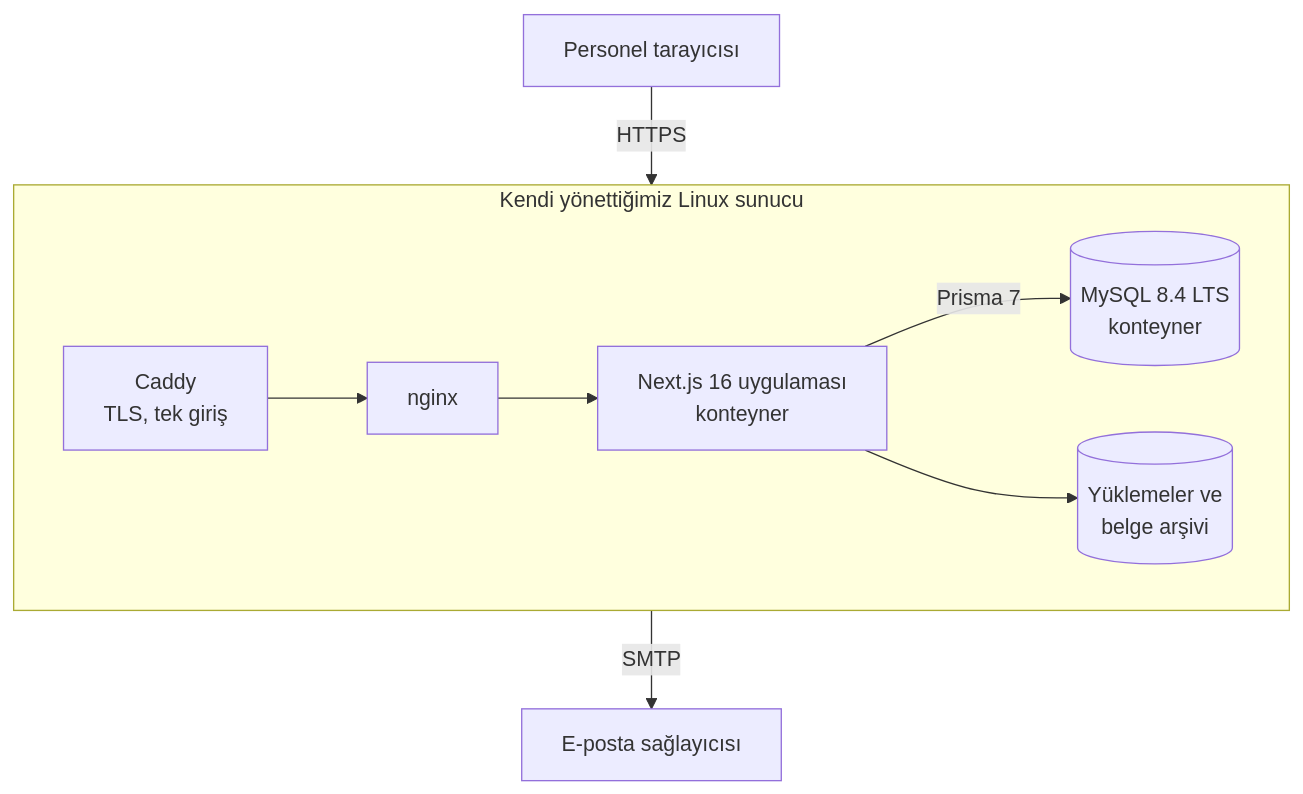
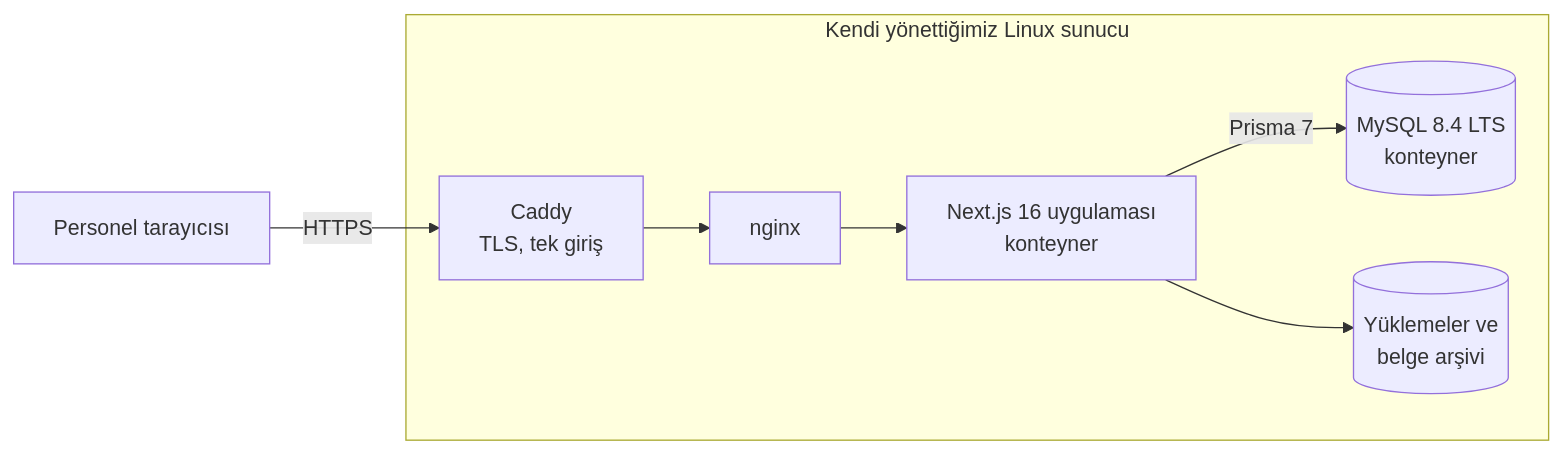
Before and after one commit to aeg58/eventra-case-study: the first of 3 diagrams in README.tr.md, drawn with Mermaid. The commit also changed other lines of this file and 1 other file, not shown here.

Commit message:
docs: keep architecture diagram horizontal; mention SMTP in text instead of an edge node

````diff
--- a/README.tr.md
+++ b/README.tr.md
@@ -116,11 +116,15 @@
 ```mermaid
-flowchart TB
-    U[Personel tarayıcısı] -->|HTTPS| C
+flowchart LR
+    U[Personel tarayıcısı] -->|HTTPS| C[Caddy<br/>TLS, tek giriş]
+    C --> N[nginx]
+    N --> A[Next.js 16 uygulaması<br/>konteyner]
+    A -->|Prisma 7| DB[(MySQL 8.4 LTS<br/>konteyner)]
+    A --> F[(Yüklemeler ve<br/>belge arşivi)]
     subgraph Server[Kendi yönettiğimiz Linux sunucu]
-      direction LR
-      C[Caddy<br/>TLS, tek giriş] --> N[nginx] --> A[Next.js 16 uygulaması<br/>konteyner]
-      A -->|Prisma 7| DB[(MySQL 8.4 LTS<br/>konteyner)]
-      A --> F[(Yüklemeler ve<br/>belge arşivi)]
+      C
+      N
+      A
+      DB
+      F
     end
-    A -->|SMTP| M[E-posta sağlayıcısı]
 ```
````
